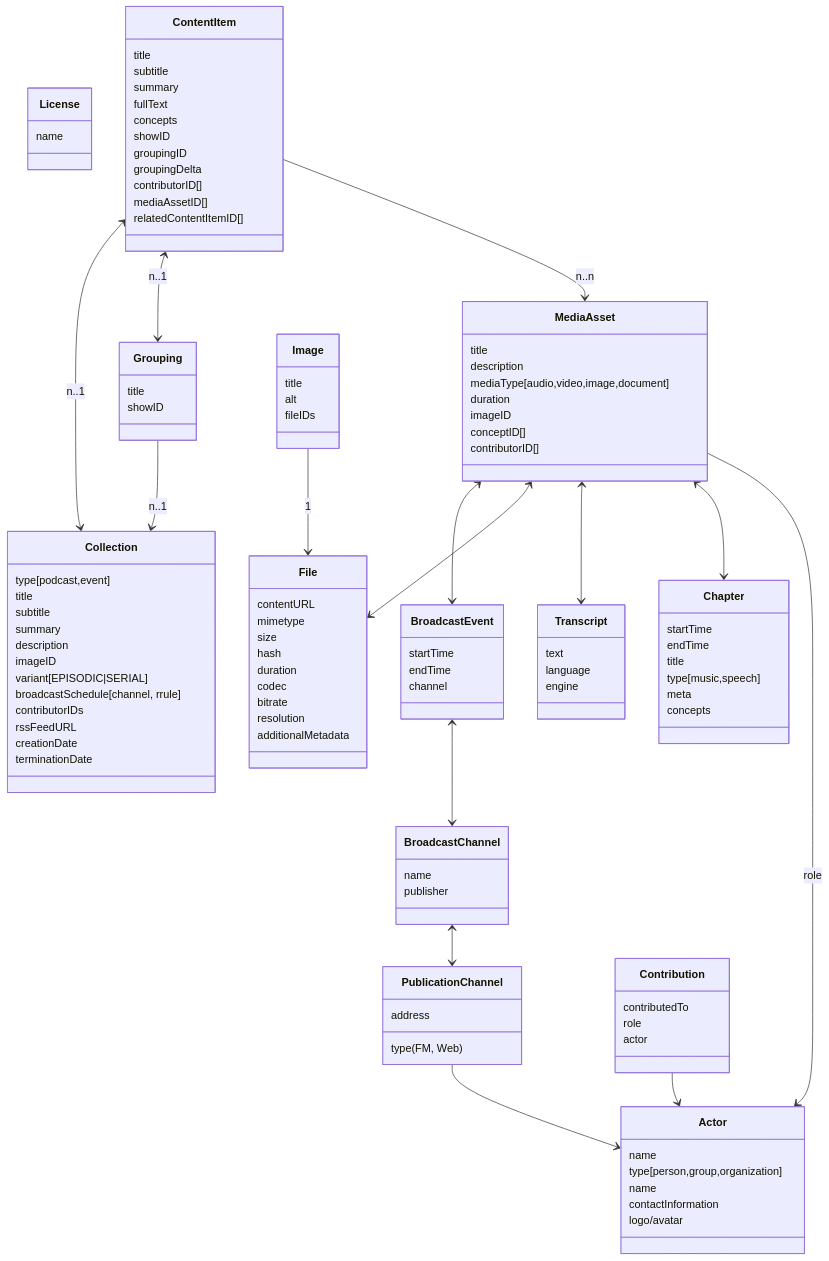
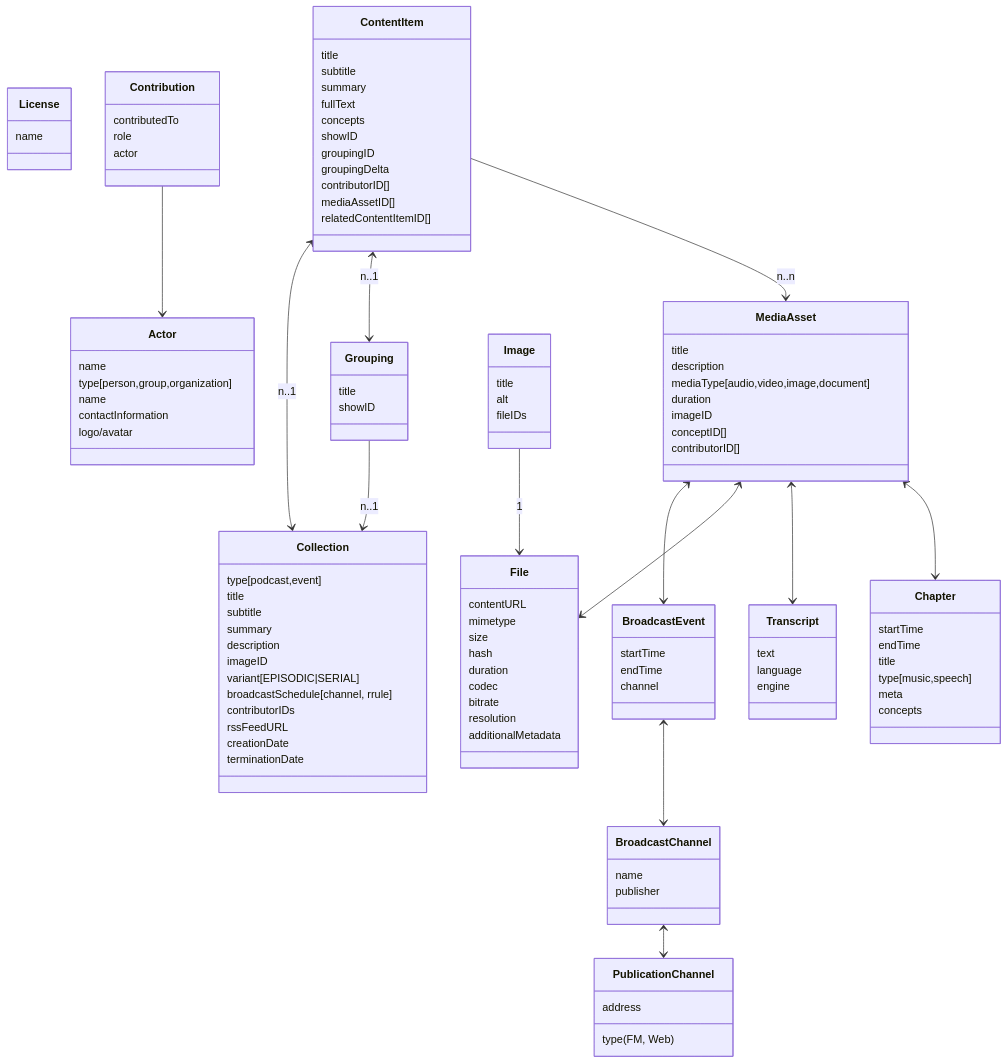
Before and after one commit to repco-org/repco: the diagram in datamodel.md, drawn with Mermaid. The commit also changed other lines of this file, not shown here.

````diff
--- a/datamodel.md
+++ b/datamodel.md
@@ -114,11 +114,9 @@
 Grouping --> Collection: n..1
 BroadcastEvent <--> BroadcastChannel
 BroadcastChannel <--> PublicationChannel
-PublicationChannel --> Actor
 MediaAsset <--> BroadcastEvent
 MediaAsset <--> File
 MediaAsset <--> Transcript
 MediaAsset <--> Chapter
-MediaAsset --> Actor : role
 
 ```
````
